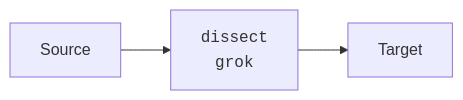
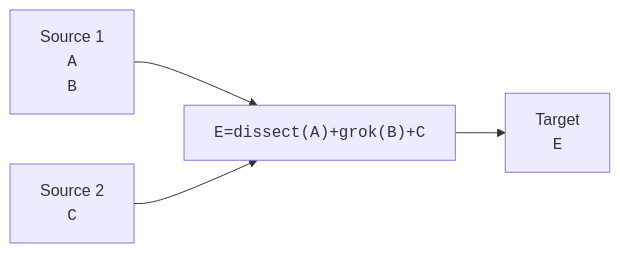
Before and after one commit to VirtualMetric/virtualmetric-docs: the diagram in docs/admin/pipelines/processors/enrich.mdx, drawn with Mermaid. The commit also changed other lines of this file, not shown here.

Commit message:
Edited the enrich processor

````diff
--- a/docs/admin/pipelines/processors/enrich.mdx
+++ b/docs/admin/pipelines/processors/enrich.mdx
@@ -9,9 +11,20 @@
 ```mermaid
 %%{init: {"flowchart": {"htmlLabels": false}} }%%
 flowchart LR
-	sourceBox["`Source`"]
-    	processorBox["`<code>dissect</code>
-    		<code>grok</code>`"]
-	targetBox["`Target`"]
-	sourceBox --> processorBox --> targetBox
+	source1Box["`Source 1
+		<code>A</code>
+		<code>B</code>
+	`"]
+	source2Box["`Source 2
+		<code>C</code>
+	`"]
+    	processorBox["`
+			<code>E=dissect(A)+grok(B)+C</code>
+	`"]
+	targetBox["`Target
+		<code>E</code>
+	`"]
+	source1Box --> processorBox;
+	source2Box --> processorBox;
+	processorBox --> targetBox
 ```
````
